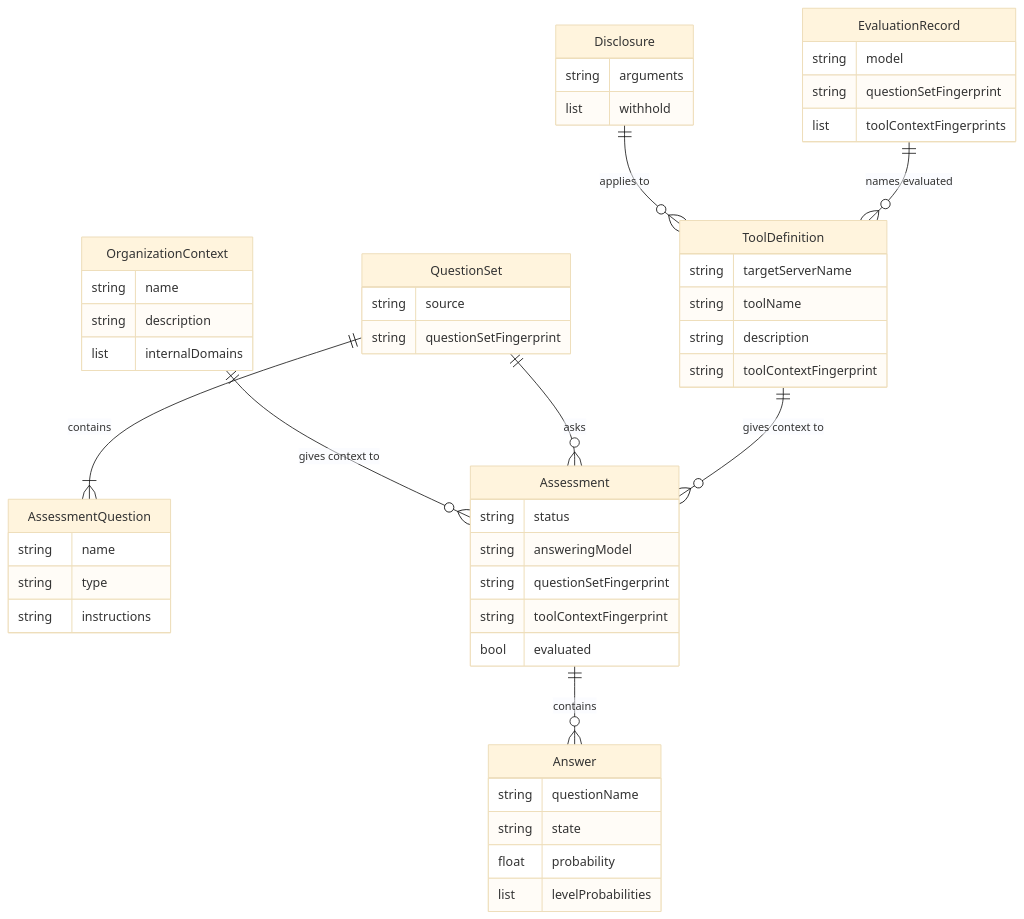
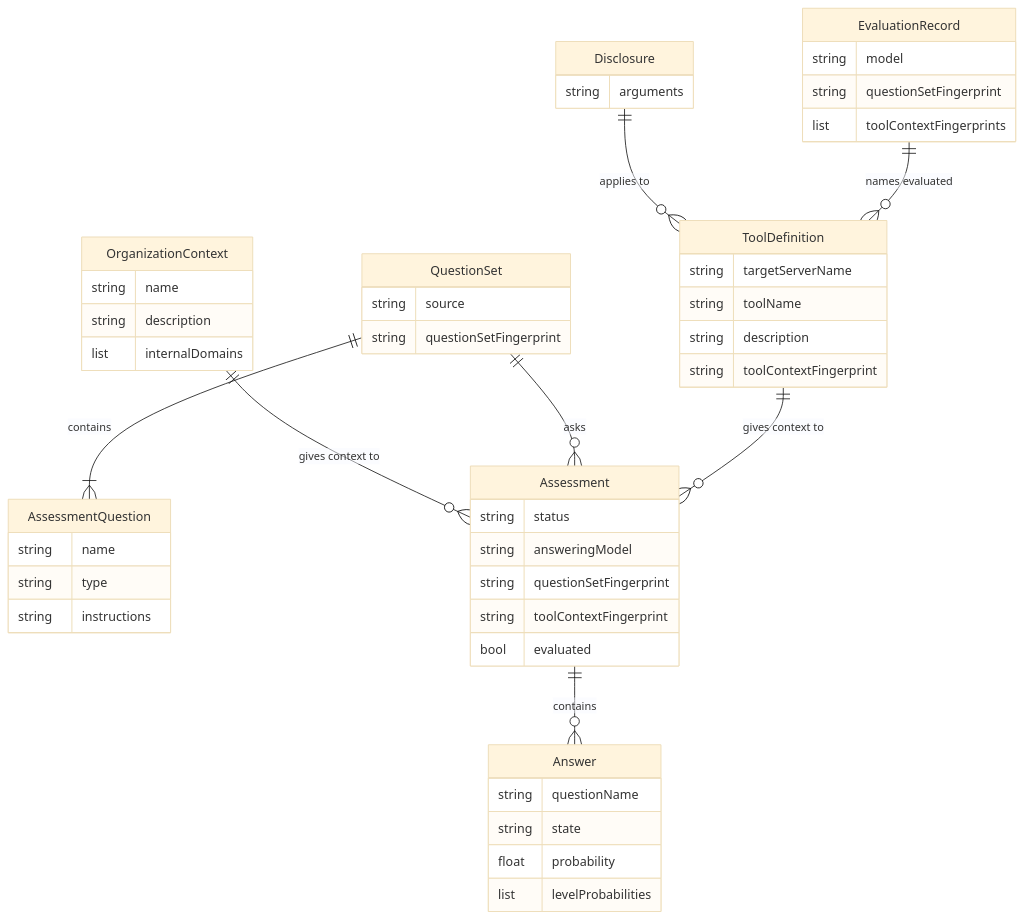
The first of 2 diagrams in specs/20261123-194542-decision-model-tool-approvals/spec.md (zalando-incubator/agentic-identity-broker), drawn with Mermaid (base theme) before and after one commit. The commit also changed other lines of this file and 9 other files, not shown here.

````diff
--- a/specs/20261123-194542-decision-model-tool-approvals/spec.md
+++ b/specs/20261123-194542-decision-model-tool-approvals/spec.md
@@ -1079,52 +1080,51 @@
 ```mermaid
 erDiagram
     OrganizationContext {
         string name
         string description
         list internalDomains
     }
     QuestionSet {
         string source
         string questionSetFingerprint
     }
     AssessmentQuestion {
         string name
         string type
         string instructions
     }
     Disclosure {
         string arguments
-        list withhold
     }
     ToolDefinition {
         string targetServerName
         string toolName
         string description
         string toolContextFingerprint
     }
     Assessment {
         string status
         string answeringModel
         string questionSetFingerprint
         string toolContextFingerprint
         bool evaluated
     }
     Answer {
         string questionName
         string state
         float probability
         list levelProbabilities
     }
     EvaluationRecord {
         string model
         string questionSetFingerprint
         list toolContextFingerprints
     }
     QuestionSet ||--|{ AssessmentQuestion : "contains"
     OrganizationContext ||--o{ Assessment : "gives context to"
     QuestionSet ||--o{ Assessment : "asks"
     Disclosure ||--o{ ToolDefinition : "applies to"
     ToolDefinition ||--o{ Assessment : "gives context to"
     Assessment ||--o{ Answer : "contains"
     EvaluationRecord ||--o{ ToolDefinition : "names evaluated"
 ```
````
